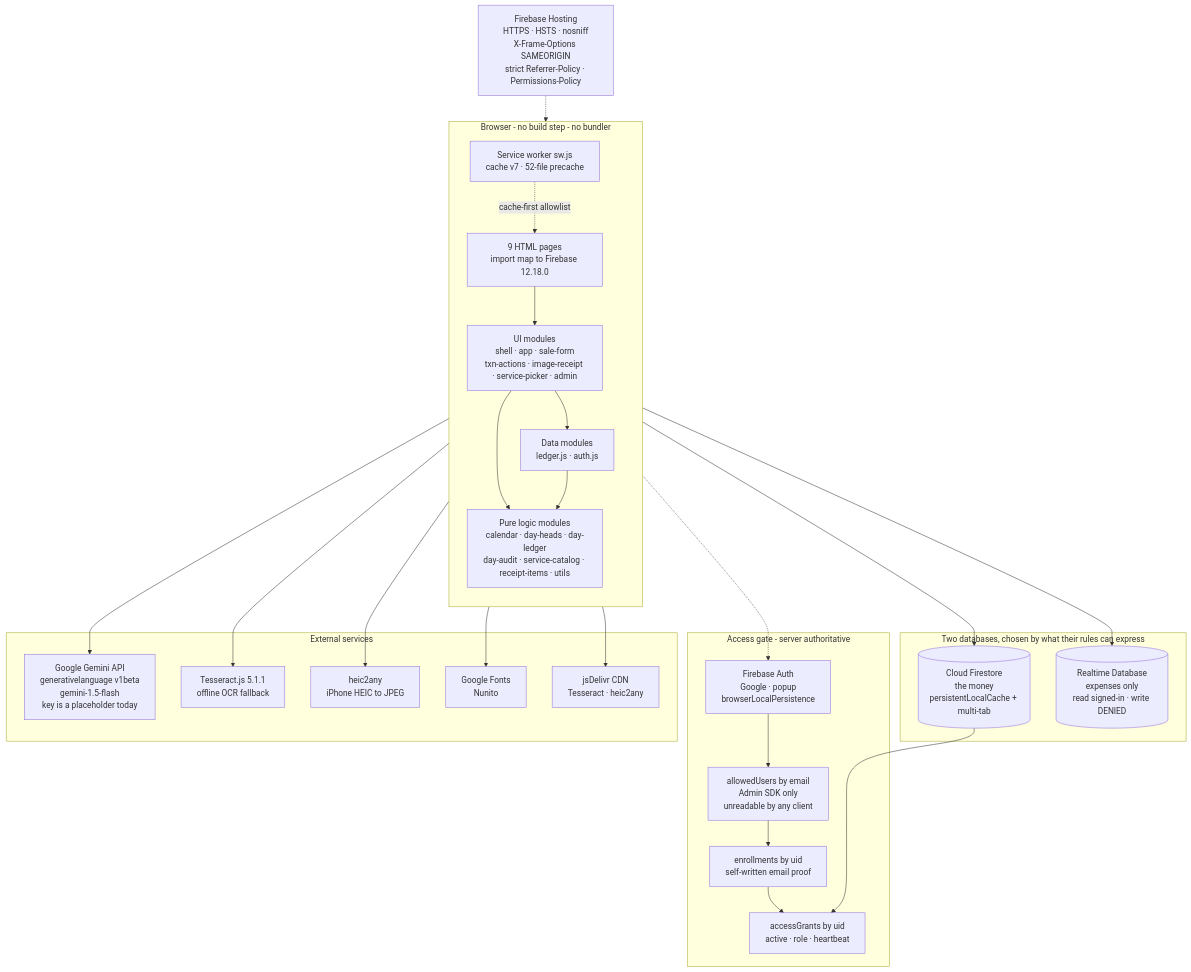
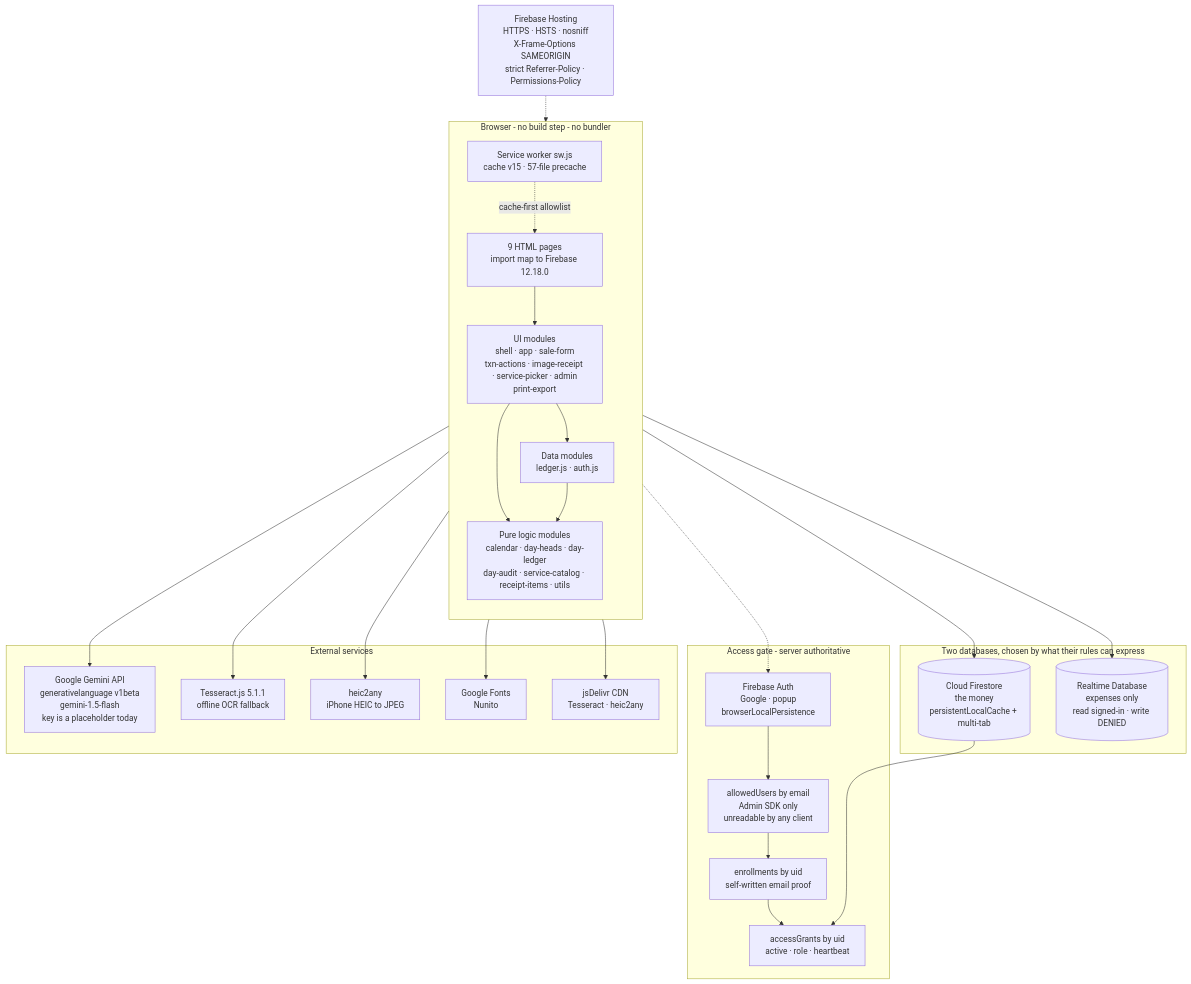
One commit to arshinmrelju/leadger changed the sixth of 7 diagrams in README.md. Above: the diagram before and after it, drawn with Mermaid. The commit also changed other lines of this file and 10 other files, not shown here.

````diff
--- a/README.md
+++ b/README.md
@@ -838,50 +841,50 @@
 ```mermaid
 flowchart TD
     subgraph CLIENT["Browser - no build step - no bundler"]
         direction TB
         HTML["9 HTML pages<br/>import map to Firebase 12.18.0"]
         PURE["Pure logic modules<br/>calendar · day-heads · day-ledger<br/>day-audit · service-catalog · receipt-items · utils"]
-        UI["UI modules<br/>shell · app · sale-form<br/>txn-actions · image-receipt · service-picker · admin"]
+        UI["UI modules<br/>shell · app · sale-form<br/>txn-actions · image-receipt · service-picker · admin<br/>print-export"]
         IO["Data modules<br/>ledger.js · auth.js"]
-        SW["Service worker sw.js<br/>cache v7 · 52-file precache"]
+        SW["Service worker sw.js<br/>cache v15 · 57-file precache"]
         HTML --> UI
         UI --> IO
         UI --> PURE
         IO --> PURE
         SW -.->|cache-first allowlist| HTML
     end
 
     subgraph GATE["Access gate - server authoritative"]
         A1["Firebase Auth<br/>Google · popup<br/>browserLocalPersistence"]
         A2["allowedUsers by email<br/>Admin SDK only<br/>unreadable by any client"]
         A3["enrollments by uid<br/>self-written email proof"]
         A4["accessGrants by uid<br/>active · role · heartbeat"]
     end
 
     subgraph DATA["Two databases, chosen by what their rules can express"]
         FS[("Cloud Firestore<br/>the money<br/>persistentLocalCache + multi-tab")]
         RT[("Realtime Database<br/>expenses only<br/>read signed-in · write DENIED")]
     end
 
     subgraph EXT["External services"]
         GEM["Google Gemini API<br/>generativelanguage v1beta<br/>gemini-1.5-flash<br/>key is a placeholder today"]
         TESS["Tesseract.js 5.1.1<br/>offline OCR fallback"]
         HEIC["heic2any<br/>iPhone HEIC to JPEG"]
         FONT["Google Fonts<br/>Nunito"]
         GH["jsDelivr CDN<br/>Tesseract · heic2any"]
     end
 
     HOST["Firebase Hosting<br/>HTTPS · HSTS · nosniff<br/>X-Frame-Options SAMEORIGIN<br/>strict Referrer-Policy · Permissions-Policy"]
 
     HTML -.-> A1
     A1 --> A2 --> A3 --> A4
     IO --> FS
     IO --> RT
     UI --> GEM
     UI --> TESS
     UI --> HEIC
     HTML --> FONT
     SW --> GH
     HOST -.-> HTML
     FS --> A4
 ```
````
